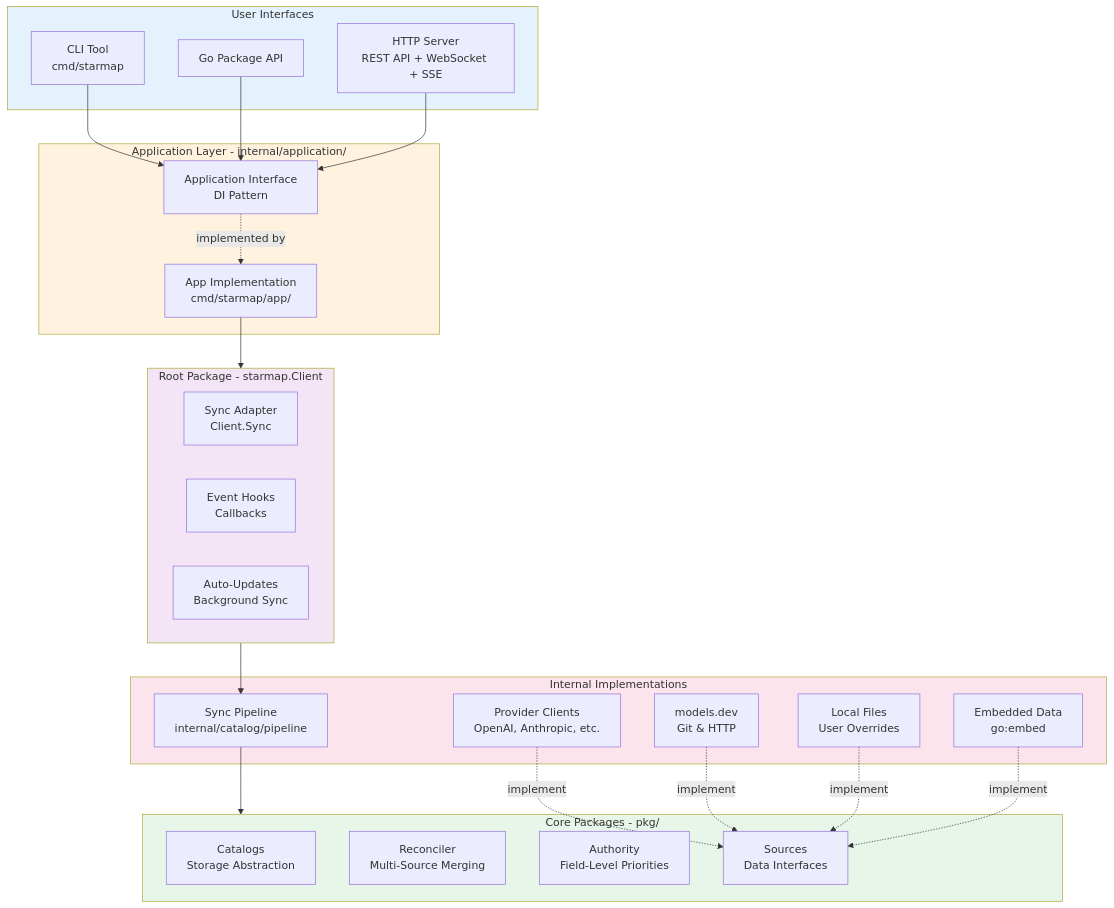
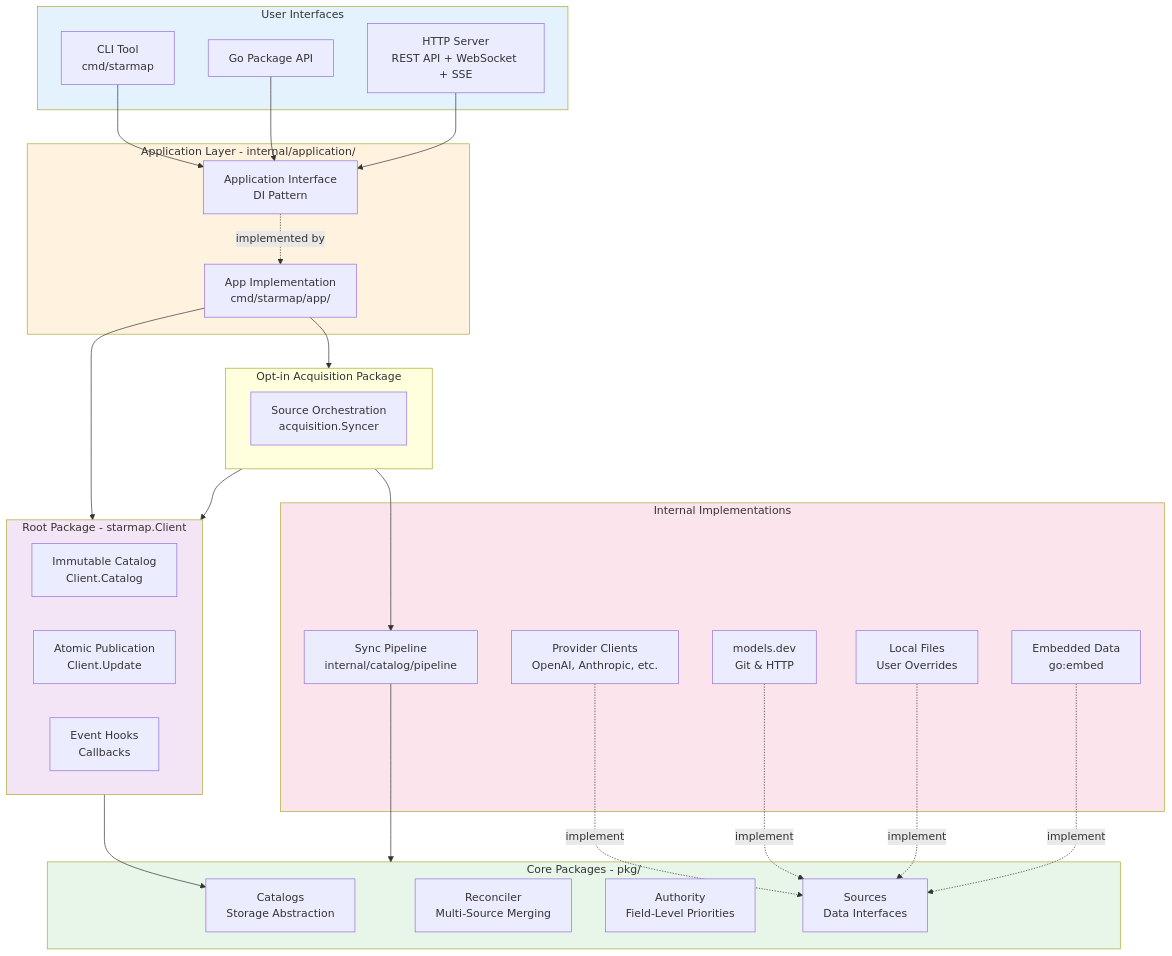
Before and after one commit to agentstation/starmap: the first of 8 diagrams in docs/ARCHITECTURE.md, drawn with Mermaid. The commit also changed other lines of this file and 62 other files, not shown here.

Commit message:
refactor: isolate catalog acquisition from root library

````diff
--- a/docs/ARCHITECTURE.md
+++ b/docs/ARCHITECTURE.md
@@ -37,49 +37,56 @@
 ```mermaid
 graph TB
     subgraph UI["User Interfaces"]
         CLI[CLI Tool<br/>cmd/starmap]
         GO[Go Package API]
         HTTP[HTTP Server<br/>REST API + WebSocket + SSE]
     end
 
     subgraph APP["Application Layer - internal/application/"]
         APPIF[Application Interface<br/>DI Pattern]
         APPIMPL[App Implementation<br/>cmd/starmap/app/]
     end
 
     subgraph ROOT["Root Package - starmap.Client"]
-        SYNC[Sync Adapter<br/>Client.Sync]
+        READ[Immutable Catalog<br/>Client.Catalog]
+        PUBLISH[Atomic Publication<br/>Client.Update]
         HOOKS[Event Hooks<br/>Callbacks]
-        AUTO[Auto-Updates<br/>Background Sync]
+    end
+
+    subgraph ACQ["Opt-in Acquisition Package"]
+        SYNC[Source Orchestration<br/>acquisition.Syncer]
     end
 
     subgraph CORE["Core Packages - pkg/"]
         CAT[Catalogs<br/>Storage Abstraction]
         REC[Reconciler<br/>Multi-Source Merging]
         AUTH[Authority<br/>Field-Level Priorities]
         SOURCES[Sources<br/>Data Interfaces]
     end
 
     subgraph IMPL["Internal Implementations"]
         PIPE[Sync Pipeline<br/>internal/catalog/pipeline]
         EMBED[Embedded Data<br/>go:embed]
         PROVS[Provider Clients<br/>OpenAI, Anthropic, etc.]
         MODELS[models.dev<br/>Git & HTTP]
         LOCAL[Local Files<br/>User Overrides]
     end
 
     CLI --> APPIF
     GO --> APPIF
     HTTP --> APPIF
     APPIF -.implemented by.-> APPIMPL
     APPIMPL --> ROOT
-    ROOT --> PIPE
+    APPIMPL --> ACQ
+    ACQ --> PIPE
+    ACQ --> ROOT
+    ROOT --> CAT
     PIPE --> CORE
     PROVS & MODELS & LOCAL & EMBED -.implement.-> SOURCES
 
     style UI fill:#e3f2fd
     style APP fill:#fff3e0
     style ROOT fill:#f3e5f5
     style CORE fill:#e8f5e9
     style IMPL fill:#fce4ec
 ```
````
